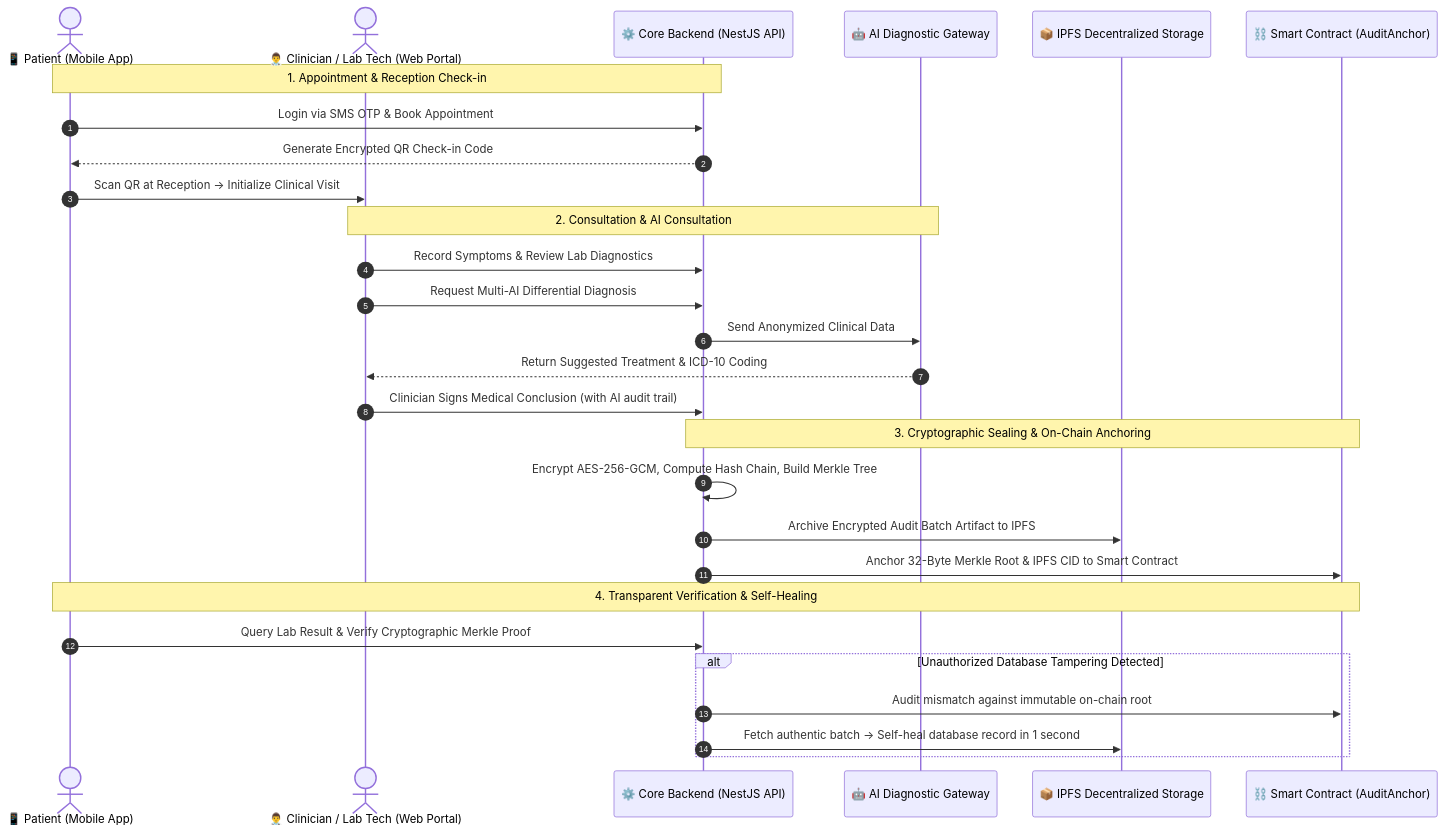
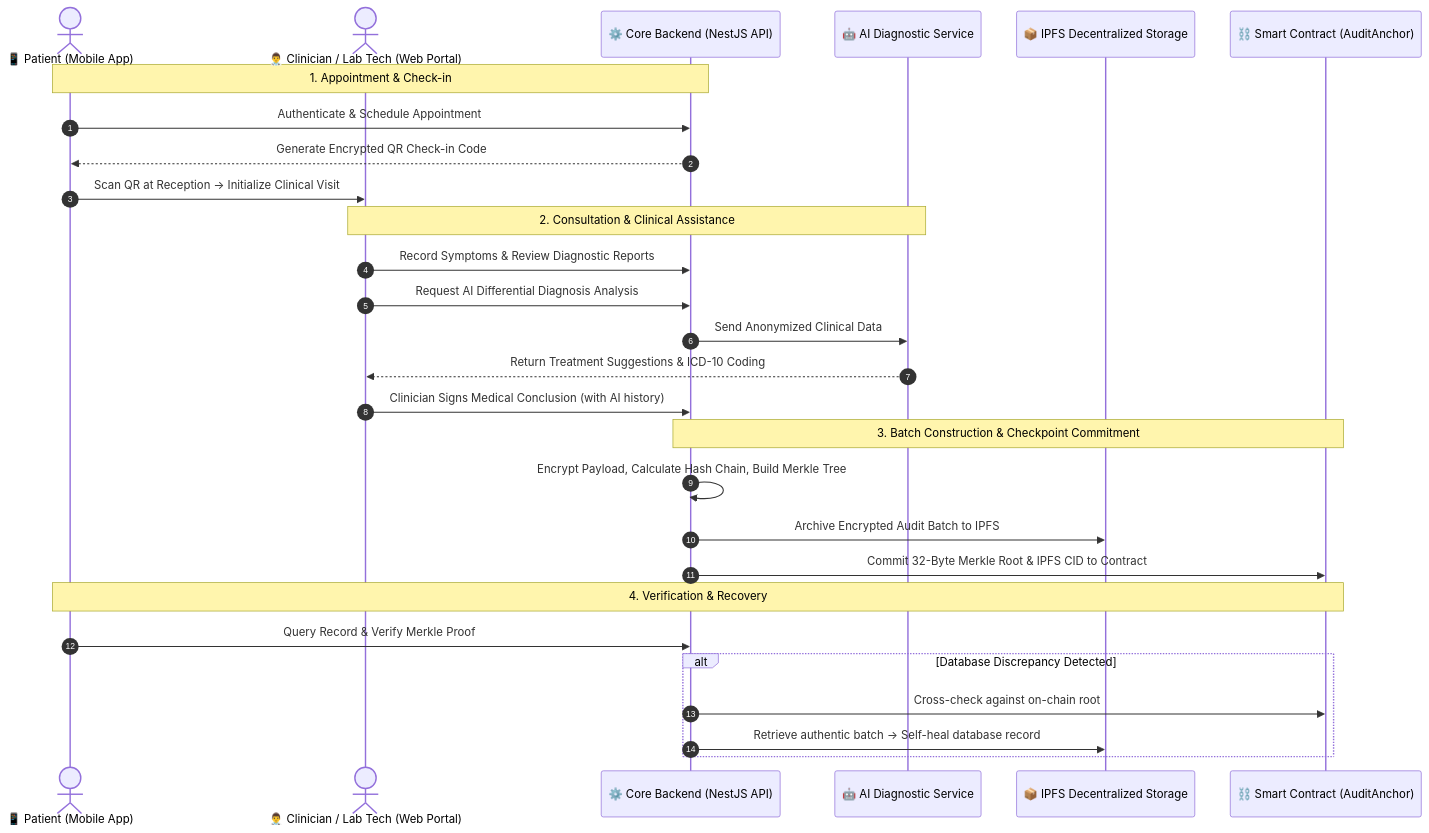
One commit to duc19092005/KLTN changed the second of 2 diagrams in README.en.md. Above: the diagram before and after it, drawn with Mermaid. The commit also changed other lines of this file and 1 other file, not shown here.

````diff
--- a/README.en.md
+++ b/README.en.md
@@ -127,34 +126,34 @@
 ```mermaid
 sequenceDiagram
     autonumber
     actor P as 📱 Patient (Mobile App)
     actor D as 👨‍⚕️ Clinician / Lab Tech (Web Portal)
     participant API as ⚙️ Core Backend (NestJS API)
-    participant AI as 🤖 AI Diagnostic Gateway
+    participant AI as 🤖 AI Diagnostic Service
     participant IPFS as 📦 IPFS Decentralized Storage
     participant SC as ⛓️ Smart Contract (AuditAnchor)
 
-    Note over P,API: 1. Appointment & Reception Check-in
-    P->>API: Login via SMS OTP & Book Appointment
+    Note over P,API: 1. Appointment & Check-in
+    P->>API: Authenticate & Schedule Appointment
     API-->>P: Generate Encrypted QR Check-in Code
     P->>D: Scan QR at Reception -> Initialize Clinical Visit
 
-    Note over D,AI: 2. Consultation & AI Consultation
-    D->>API: Record Symptoms & Review Lab Diagnostics
-    D->>API: Request Multi-AI Differential Diagnosis
+    Note over D,AI: 2. Consultation & Clinical Assistance
+    D->>API: Record Symptoms & Review Diagnostic Reports
+    D->>API: Request AI Differential Diagnosis Analysis
     API->>AI: Send Anonymized Clinical Data
-    AI-->>D: Return Suggested Treatment & ICD-10 Coding
-    D->>API: Clinician Signs Medical Conclusion (with AI audit trail)
+    AI-->>D: Return Treatment Suggestions & ICD-10 Coding
+    D->>API: Clinician Signs Medical Conclusion (with AI history)
 
-    Note over API,SC: 3. Cryptographic Sealing & On-Chain Anchoring
-    API->>API: Encrypt AES-256-GCM, Compute Hash Chain, Build Merkle Tree
-    API->>IPFS: Archive Encrypted Audit Batch Artifact to IPFS
-    API->>SC: Anchor 32-Byte Merkle Root & IPFS CID to Smart Contract
+    Note over API,SC: 3. Batch Construction & Checkpoint Commitment
+    API->>API: Encrypt Payload, Calculate Hash Chain, Build Merkle Tree
+    API->>IPFS: Archive Encrypted Audit Batch to IPFS
+    API->>SC: Commit 32-Byte Merkle Root & IPFS CID to Contract
 
-    Note over P,SC: 4. Transparent Verification & Self-Healing
-    P->>API: Query Lab Result & Verify Cryptographic Merkle Proof
-    alt Unauthorized Database Tampering Detected
-        API->>SC: Audit mismatch against immutable on-chain root
-        API->>IPFS: Fetch authentic batch -> Self-heal database record in 1 second
+    Note over P,SC: 4. Verification & Recovery
+    P->>API: Query Record & Verify Merkle Proof
+    alt Database Discrepancy Detected
+        API->>SC: Cross-check against on-chain root
+        API->>IPFS: Retrieve authentic batch -> Self-heal database record
     end
 ```
````
